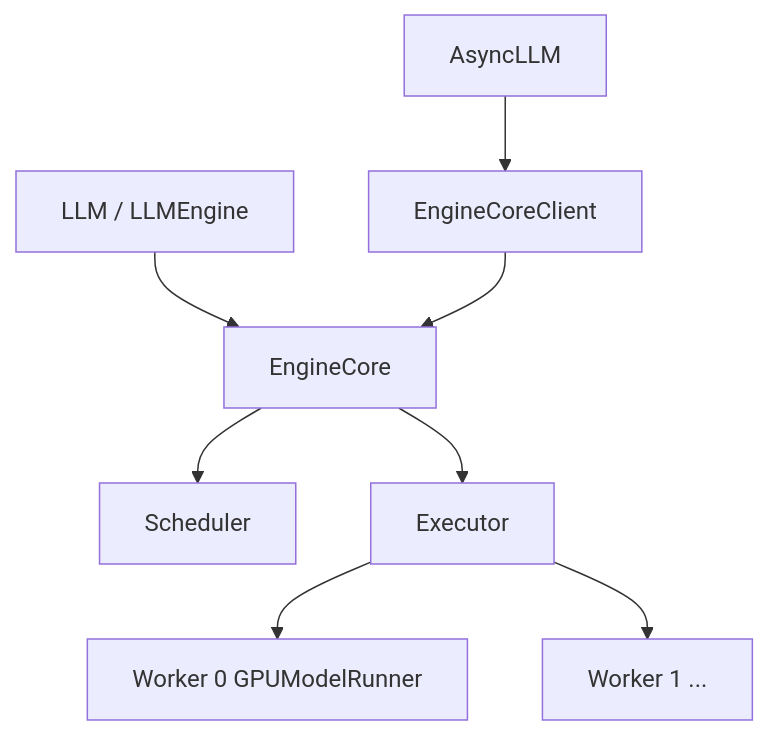
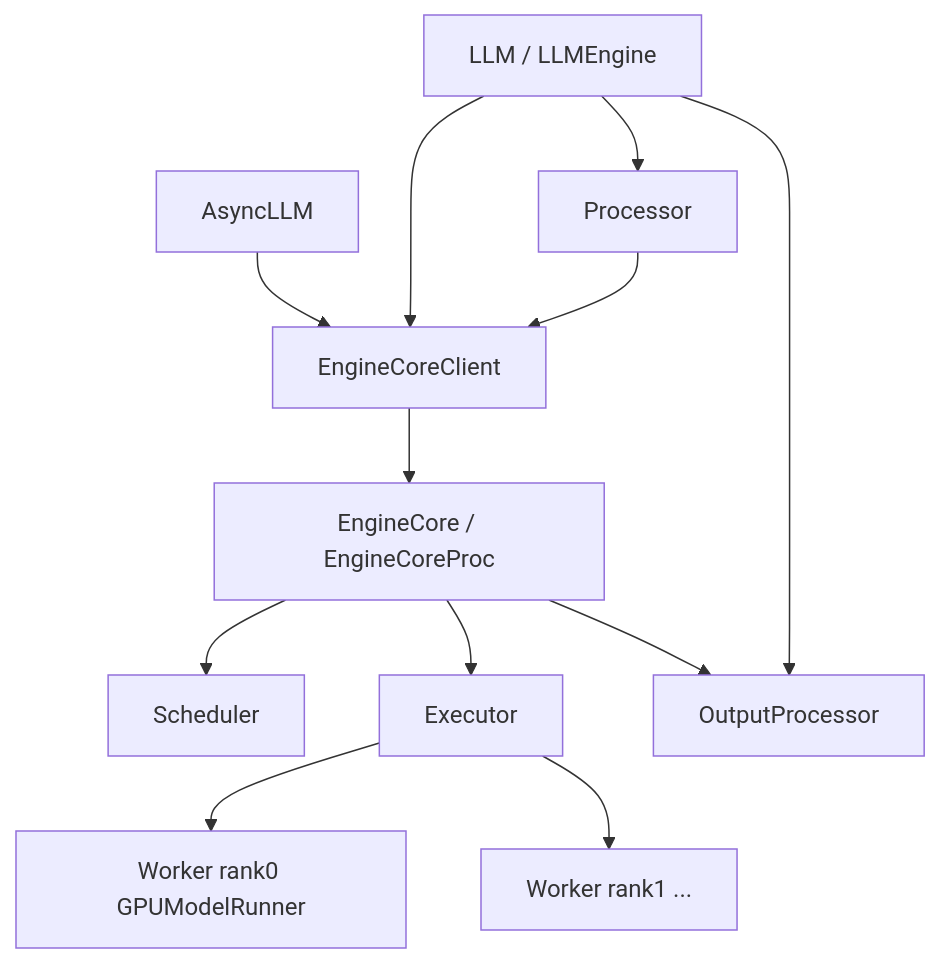
The diagram in 03-推理部署/vllmDoc/03-v1-engine.md (chenpan459/largeModels), drawn with Mermaid before and after one commit. The commit also changed other lines of this file and 44 other files, not shown here.

````diff
--- a/03-推理部署/vllmDoc/03-v1-engine.md
+++ b/03-推理部署/vllmDoc/03-v1-engine.md
@@ -5,10 +5,14 @@
 ```mermaid
 flowchart TB
-    LLM[LLM / LLMEngine] --> Core[EngineCore]
-    Async[AsyncLLM] --> CoreClient[EngineCoreClient]
-    CoreClient --> Core
+    LLM[LLM / LLMEngine] --> ECC[EngineCoreClient]
+    Async[AsyncLLM] --> ECC
+    ECC --> Core[EngineCore / EngineCoreProc]
     Core --> Sched[Scheduler]
     Core --> Exec[Executor]
-    Exec --> W0[Worker 0 GPUModelRunner]
-    Exec --> W1[Worker 1 ...]
+    Exec --> W0[Worker rank0 GPUModelRunner]
+    Exec --> W1[Worker rank1 ...]
+    LLM --> Proc[Processor]
+    LLM --> OutP[OutputProcessor]
+    Proc --> ECC
+    Core --> OutP
 ```
````
